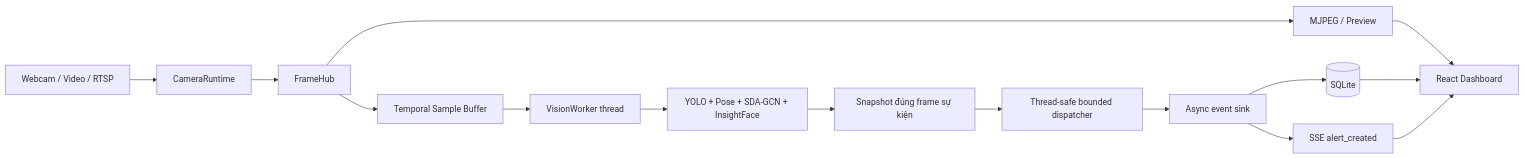
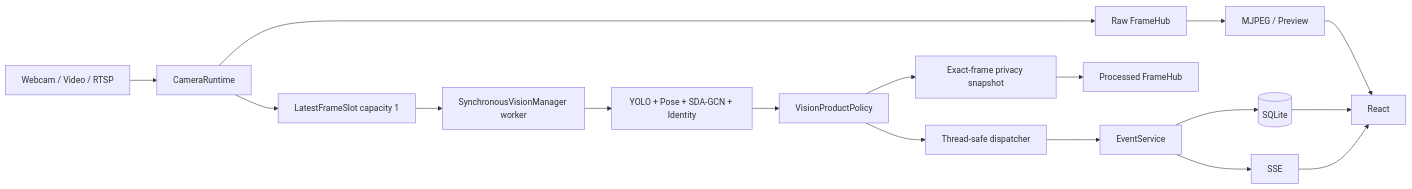
Before and after one commit to daoquocdai/P227: the diagram in README.md, drawn with Mermaid. The commit also changed other lines of this file and 23 other files, not shown here.

Commit message:
refactor: simplify vision flow and strengthen regression tests

````diff
--- a/README.md
+++ b/README.md
@@ -160,17 +142,19 @@
 ```mermaid
 flowchart LR
-    CAMERA[Webcam / Video / RTSP] --> CAPTURE[CameraRuntime]
-    CAPTURE --> HUB[FrameHub]
-    HUB --> STREAM[MJPEG / Preview]
-    HUB --> SAMPLE[Temporal Sample Buffer]
-    SAMPLE --> WORKER[VisionWorker thread]
-    WORKER --> REAL[YOLO + Pose + SDA-GCN + InsightFace]
-    REAL --> SNAP[Snapshot đúng frame sự kiện]
-    SNAP --> BRIDGE[Thread-safe bounded dispatcher]
-    BRIDGE --> SINK[Async event sink]
-    SINK --> DB[(SQLite)]
-    SINK --> SSE[SSE alert_created]
-    STREAM --> UI[React Dashboard]
+    SOURCE[Webcam / Video / RTSP] --> CAPTURE[CameraRuntime]
+    CAPTURE --> RAW[Raw FrameHub]
+    RAW --> STREAM[MJPEG / Preview]
+    CAPTURE --> SLOT[LatestFrameSlot capacity 1]
+    SLOT --> VISION[SynchronousVisionManager worker]
+    VISION --> PIPE[YOLO + Pose + SDA-GCN + Identity]
+    PIPE --> POLICY[VisionProductPolicy]
+    POLICY --> SNAP[Exact-frame privacy snapshot]
+    SNAP --> PROCESSED[Processed FrameHub]
+    POLICY --> DISPATCH[Thread-safe dispatcher]
+    DISPATCH --> EVENT[EventService]
+    EVENT --> DB[(SQLite)]
+    EVENT --> SSE[SSE]
+    STREAM --> UI[React]
     DB --> UI
     SSE --> UI
 ```
````
